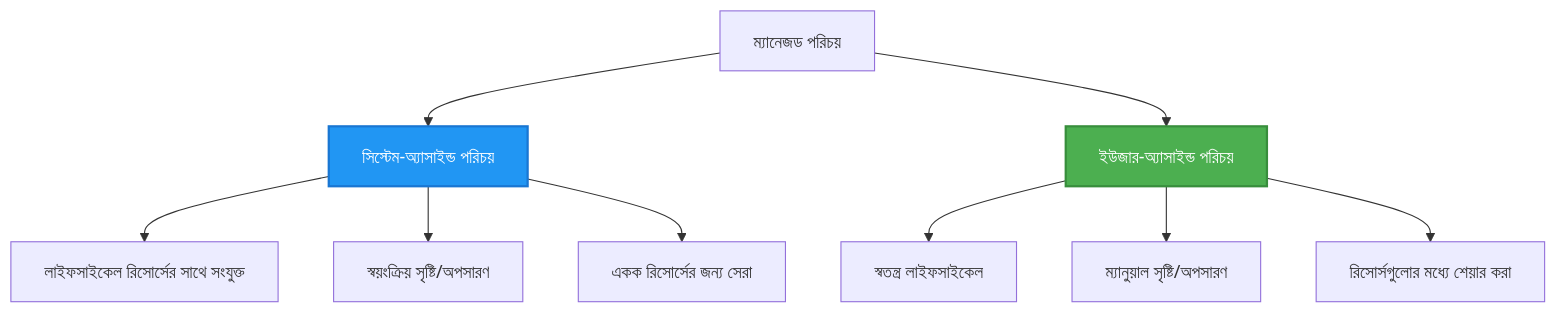
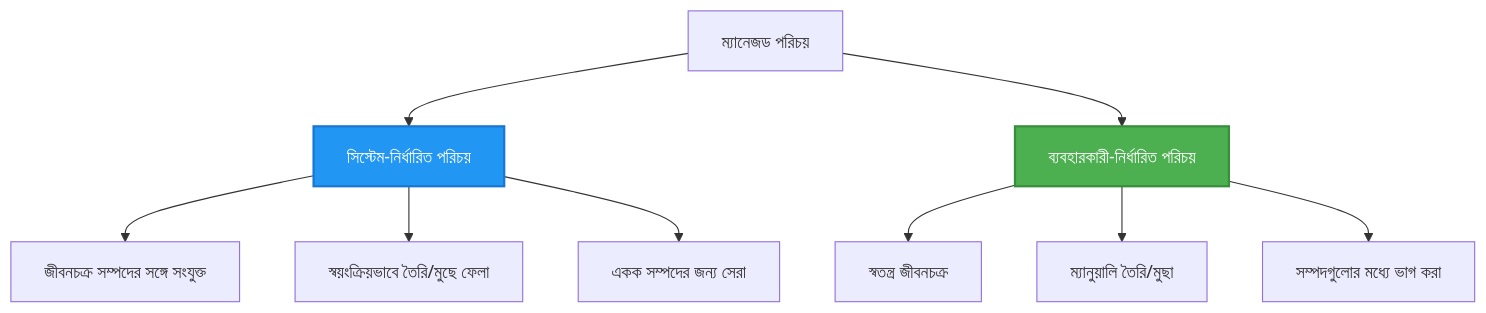
The second of 2 diagrams in translations/bn/docs/chapter-03-configuration/authsecurity.md (microsoft/AZD-for-beginners), drawn with Mermaid before and after one commit. The commit also changed other lines of this file and 104 other files, not shown here.

````diff
--- a/translations/bn/docs/chapter-03-configuration/authsecurity.md
+++ b/translations/bn/docs/chapter-03-configuration/authsecurity.md
@@ -97,20 +98,20 @@
 ```mermaid
 graph TB
     MI[ম্যানেজড পরিচয়]
-    SystemAssigned[সিস্টেম-অ্যাসাইন্ড পরিচয়]
-    UserAssigned[ইউজার-অ্যাসাইন্ড পরিচয়]
+    SystemAssigned[সিস্টেম-নির্ধারিত পরিচয়]
+    UserAssigned[ব্যবহারকারী-নির্ধারিত পরিচয়]
     
     MI --> SystemAssigned
     MI --> UserAssigned
     
-    SystemAssigned --> SA1[লাইফসাইকেল রিসোর্সের সাথে সংযুক্ত]
-    SystemAssigned --> SA2[স্বয়ংক্রিয় সৃষ্টি/অপসারণ]
-    SystemAssigned --> SA3[একক রিসোর্সের জন্য সেরা]
+    SystemAssigned --> SA1[জীবনচক্র সম্পদের সঙ্গে সংযুক্ত]
+    SystemAssigned --> SA2[স্বয়ংক্রিয়ভাবে তৈরি/মুছে ফেলা]
+    SystemAssigned --> SA3[একক সম্পদের জন্য সেরা]
     
-    UserAssigned --> UA1[স্বতন্ত্র লাইফসাইকেল]
-    UserAssigned --> UA2[ম্যানুয়াল সৃষ্টি/অপসারণ]
-    UserAssigned --> UA3[রিসোর্সগুলোর মধ্যে শেয়ার করা]
+    UserAssigned --> UA1[স্বতন্ত্র জীবনচক্র]
+    UserAssigned --> UA2[ম্যানুয়ালি তৈরি/মুছা]
+    UserAssigned --> UA3[সম্পদগুলোর মধ্যে ভাগ করা]
     
     style SystemAssigned fill:#2196F3,stroke:#1976D2,stroke-width:2px,color:#fff
     style UserAssigned fill:#4CAF50,stroke:#388E3C,stroke-width:2px,color:#fff
 ```
````
